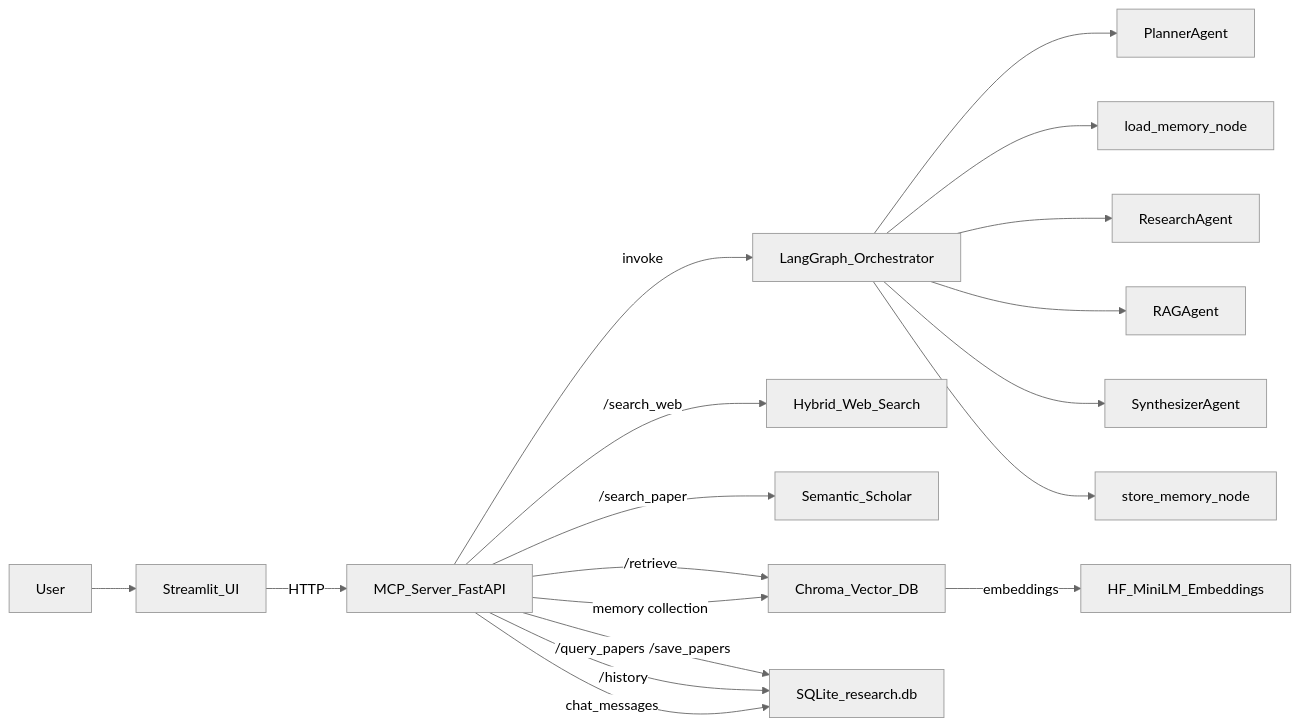
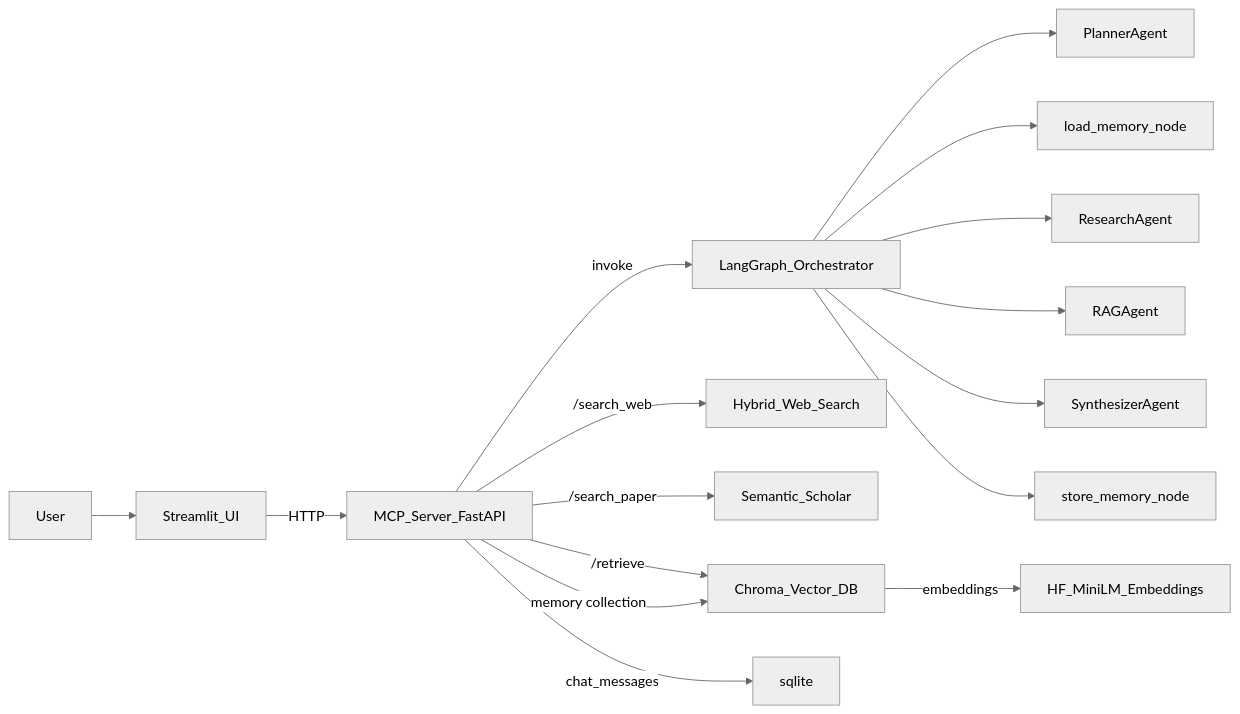
Before and after one commit to Revlis15/Chatbot: the first of 2 diagrams in SYSTEM_OVERVIEW.md, drawn with Mermaid (neutral theme). The commit also changed other lines of this file and 11 other files, not shown here.

````diff
--- a/SYSTEM_OVERVIEW.md
+++ b/SYSTEM_OVERVIEW.md
@@ -28,23 +28,21 @@
 ```mermaid
 flowchart LR
   user[User] --> ui[Streamlit_UI]
   ui -->|HTTP| mcp[MCP_Server_FastAPI]
   mcp -->|invoke| langgraph[LangGraph_Orchestrator]
 
   mcp -->|/search_web| web[Hybrid_Web_Search]
   mcp -->|/search_paper| semsch[Semantic_Scholar]
   mcp -->|/retrieve| chroma[Chroma_Vector_DB]
-  mcp -->|/query_papers /save_papers| sqlite[SQLite_research.db]
-  mcp -->|/history| sqlite
   mcp -->|chat_messages| sqlite
   mcp -->|memory collection| chroma
 
   langgraph --> planner[PlannerAgent]
   langgraph --> memLoad[load_memory_node]
   langgraph --> research[ResearchAgent]
   langgraph --> rag[RAGAgent]
   langgraph --> synth[SynthesizerAgent]
   langgraph --> memStore[store_memory_node]
 
   chroma -->|embeddings| hfEmb[HF_MiniLM_Embeddings]
 ```
````
